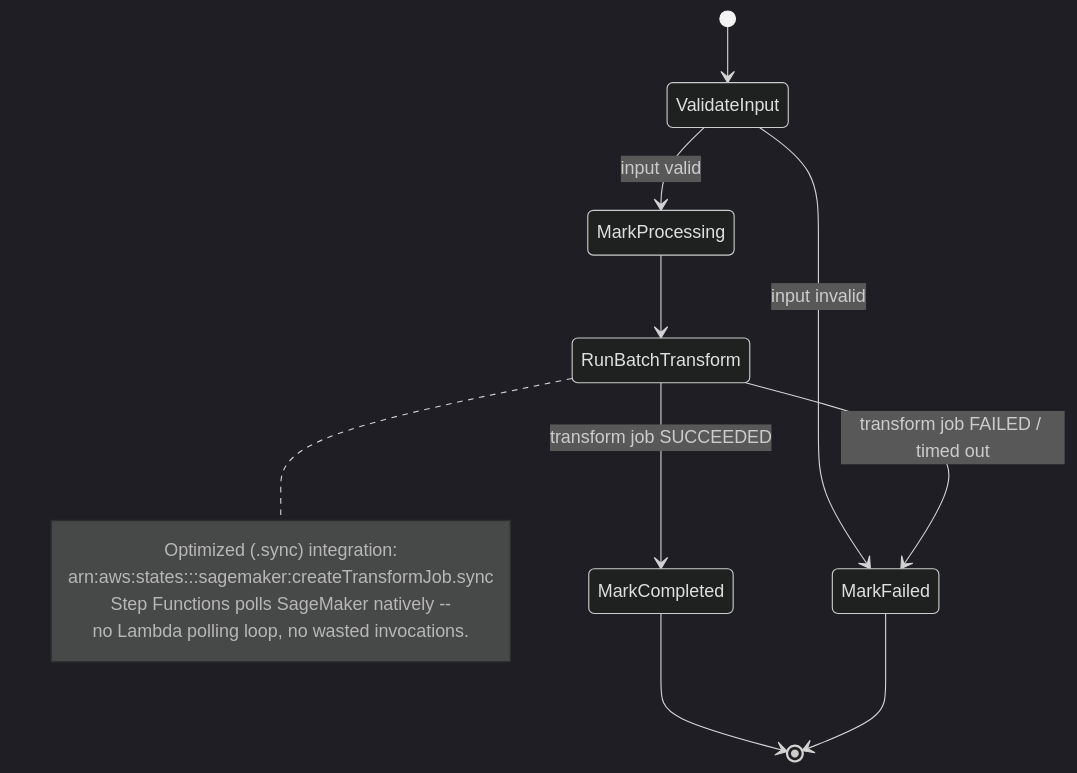
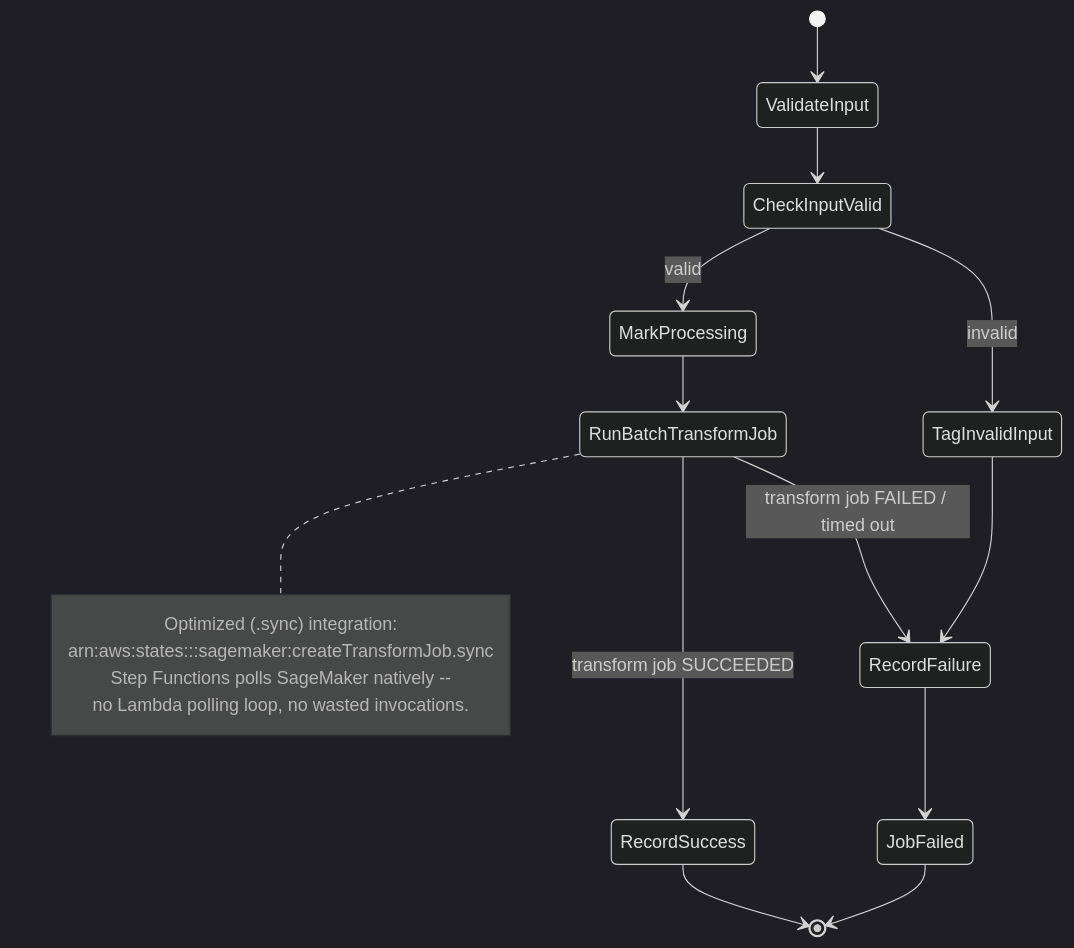
One commit to lapczyna/aws-mlops-reference-platform changed the fourth of 4 diagrams in docs/architecture/overview.md. Above: the diagram before and after it, drawn with Mermaid (dark theme). The commit also changed other lines of this file and 22 other files, not shown here.

````diff
--- a/docs/architecture/overview.md
+++ b/docs/architecture/overview.md
@@ -125,18 +130,21 @@
 ```mermaid
 stateDiagram-v2
     [*] --> ValidateInput
-    ValidateInput --> MarkProcessing: input valid
-    ValidateInput --> MarkFailed: input invalid
-    MarkProcessing --> RunBatchTransform
-    RunBatchTransform --> MarkCompleted: transform job SUCCEEDED
-    RunBatchTransform --> MarkFailed: transform job FAILED / timed out
-    MarkCompleted --> [*]
-    MarkFailed --> [*]
+    ValidateInput --> CheckInputValid
+    CheckInputValid --> MarkProcessing: valid
+    CheckInputValid --> TagInvalidInput: invalid
+    MarkProcessing --> RunBatchTransformJob
+    RunBatchTransformJob --> RecordSuccess: transform job SUCCEEDED
+    RunBatchTransformJob --> RecordFailure: transform job FAILED / timed out
+    TagInvalidInput --> RecordFailure
+    RecordSuccess --> [*]
+    RecordFailure --> JobFailed
+    JobFailed --> [*]
 
-    note right of RunBatchTransform
+    note right of RunBatchTransformJob
         Optimized (.sync) integration:
         arn:aws:states:::sagemaker:createTransformJob.sync
         Step Functions polls SageMaker natively --
         no Lambda polling loop, no wasted invocations.
     end note
 ```
````
